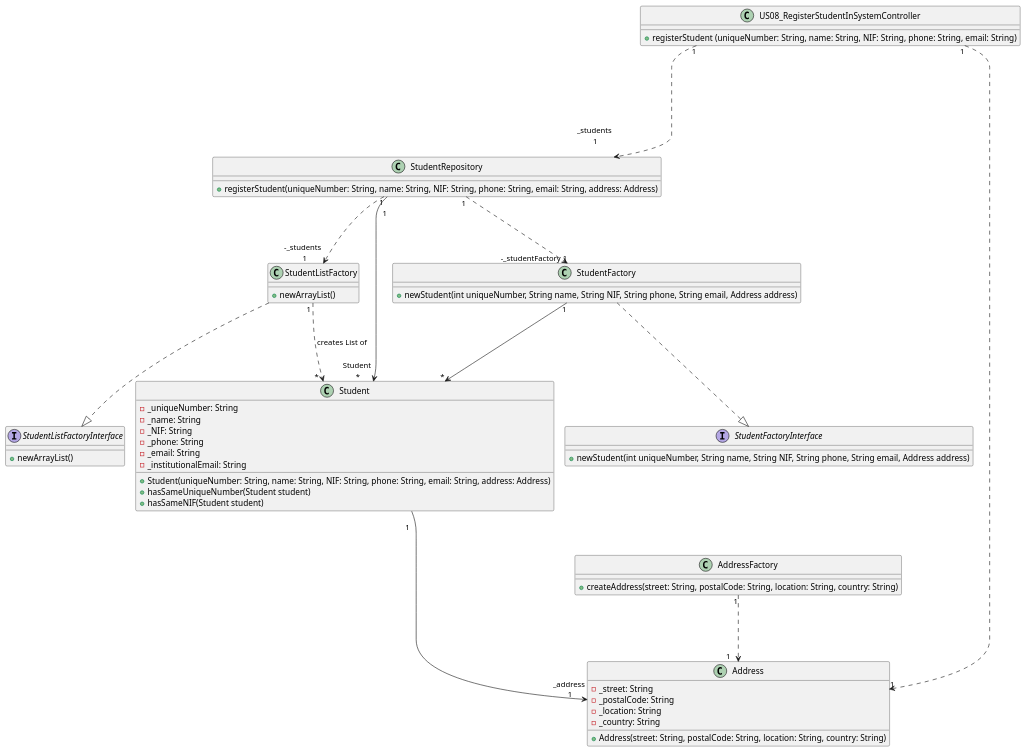
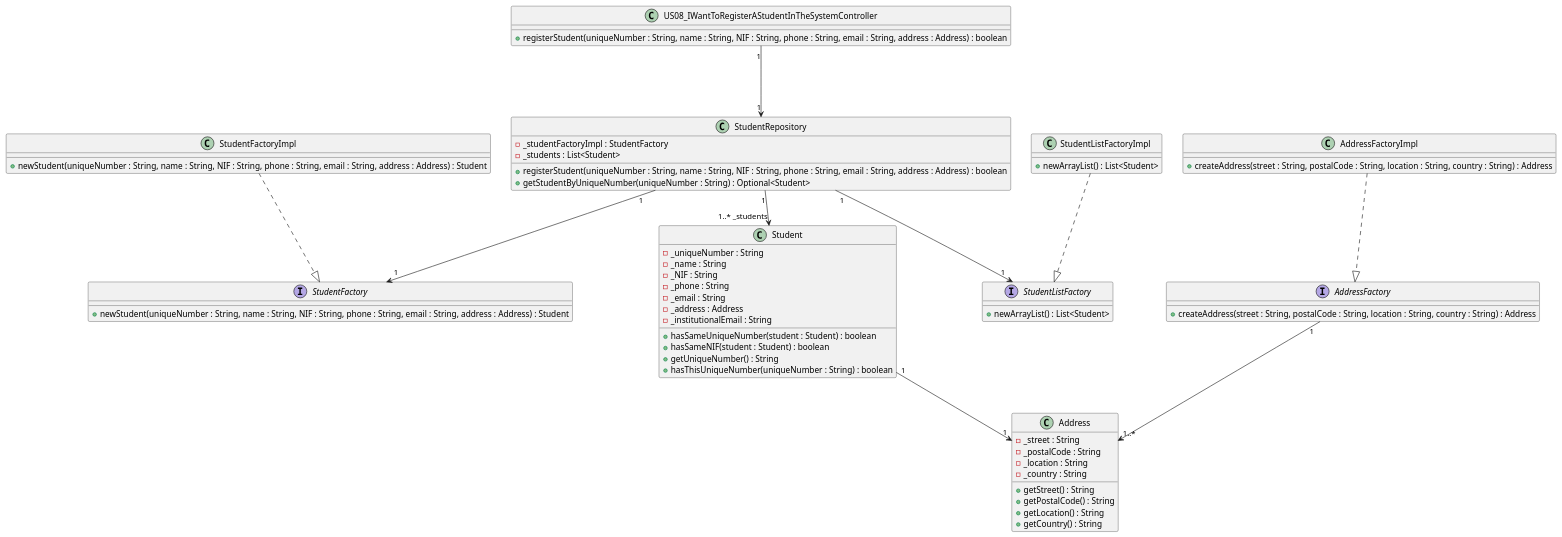
The diagram in docs/US08/US08_RegisterStudentInSystem_ClassDiagram.puml (GasparISEP/DevOps-PAI), drawn with PlantUML before and after one commit.

Commit message:
Updated US08 Class Diagram

```diff
--- a/docs/US08/US08_RegisterStudentInSystem_ClassDiagram.puml
+++ b/docs/US08/US08_RegisterStudentInSystem_ClassDiagram.puml
@@ -1,65 +1,73 @@
 @startuml
-!pragma layout smetana
-'left to right direction
 
-class Student {
-    -_uniqueNumber: String
-    -_name: String
-    -_NIF: String
-    -_phone: String
-    -_email: String
-    -_institutionalEmail: String
-    +Student(uniqueNumber: String, name: String, NIF: String, phone: String, email: String, address: Address)
-    +hasSameUniqueNumber(Student student)
-    +hasSameNIF(Student student)
-}
-
-class StudentFactory {
-    +newStudent(int uniqueNumber, String name, String NIF, String phone, String email, Address address)
-}
-
-interface StudentFactoryInterface {
-    +newStudent(int uniqueNumber, String name, String NIF, String phone, String email, Address address)
-}
-
-class StudentListFactory {
-    +newArrayList()
-}
-
-interface StudentListFactoryInterface {
-    +newArrayList()
+class US08_IWantToRegisterAStudentInTheSystemController {
+    + registerStudent(uniqueNumber : String, name : String, NIF : String, phone : String, email : String, address : Address) : boolean
 }
 
 class StudentRepository {
-    +registerStudent(uniqueNumber: String, name: String, NIF: String, phone: String, email: String, address: Address)
+    - _studentFactoryImpl : StudentFactory
+    - _students : List<Student>
+    + registerStudent(uniqueNumber : String, name : String, NIF : String, phone : String, email : String, address : Address) : boolean
+    + getStudentByUniqueNumber(uniqueNumber : String) : Optional<Student>
+}
+
+class Student {
+    - _uniqueNumber : String
+    - _name : String
+    - _NIF : String
+    - _phone : String
+    - _email : String
+    - _address : Address
+    - _institutionalEmail : String
+    + hasSameUniqueNumber(student : Student) : boolean
+    + hasSameNIF(student : Student) : boolean
+    + getUniqueNumber() : String
+    + hasThisUniqueNumber(uniqueNumber : String) : boolean
+}
+
+interface StudentFactory {
+    + newStudent(uniqueNumber : String, name : String, NIF : String, phone : String, email : String, address : Address) : Student
+}
+
+class StudentFactoryImpl {
+    + newStudent(uniqueNumber : String, name : String, NIF : String, phone : String, email : String, address : Address) : Student
+}
+
+interface StudentListFactory {
+    + newArrayList() : List<Student>
+}
+
+class StudentListFactoryImpl {
+    + newArrayList() : List<Student>
 }
 
 class Address {
-     -_street: String
-     -_postalCode: String
-     -_location: String
-     -_country: String
-     +Address(street: String, postalCode: String, location: String, country: String)
+    - _street : String
+    - _postalCode : String
+    - _location : String
+    - _country : String
+    + getStreet() : String
+    + getPostalCode() : String
+    + getLocation() : String
+    + getCountry() : String
 }
 
-class AddressFactory {
-    +createAddress(street: String, postalCode: String, location: String, country: String)
+interface AddressFactory {
+    + createAddress(street : String, postalCode : String, location : String, country : String) : Address
 }
 
-class US08_RegisterStudentInSystemController{
-    +registerStudent (uniqueNumber: String, name: String, NIF: String, phone: String, email: String)
+class AddressFactoryImpl {
+    + createAddress(street : String, postalCode : String, location : String, country : String) : Address
 }
 
-AddressFactory "1" ....> "1    " Address
-Student "\n1 " ------> "_address \n1" Address
-StudentRepository "\n1" ------> "Student \n*" Student
-US08_RegisterStudentInSystemController "1" ......> "_students \n1\n" StudentRepository
-US08_RegisterStudentInSystemController "1" ......> "1" Address
-StudentFactory "1" ----> "*" Student
-StudentFactory ....|> StudentFactoryInterface
-StudentListFactory "1 " ....> " *  " Student: creates List of
-StudentListFactory ....|> StudentListFactoryInterface
-StudentRepository "1" ....> "-_studentFactory 1" StudentFactory
-StudentRepository "1" ....> "-_students \n 1" StudentListFactory
+US08_IWantToRegisterAStudentInTheSystemController "1" ---> "1" StudentRepository
+StudentRepository "1" --> "1" StudentFactory
+StudentRepository "1" --> "1..* _students" Student
+StudentRepository "1" --> "1" StudentListFactory
+Student "1" --> "1" Address
+StudentFactoryImpl ..|> StudentFactory
+StudentListFactoryImpl ..|> StudentListFactory
+AddressFactoryImpl ..|> AddressFactory
+AddressFactory "1" --> "1..*" Address
 
 @enduml
```
